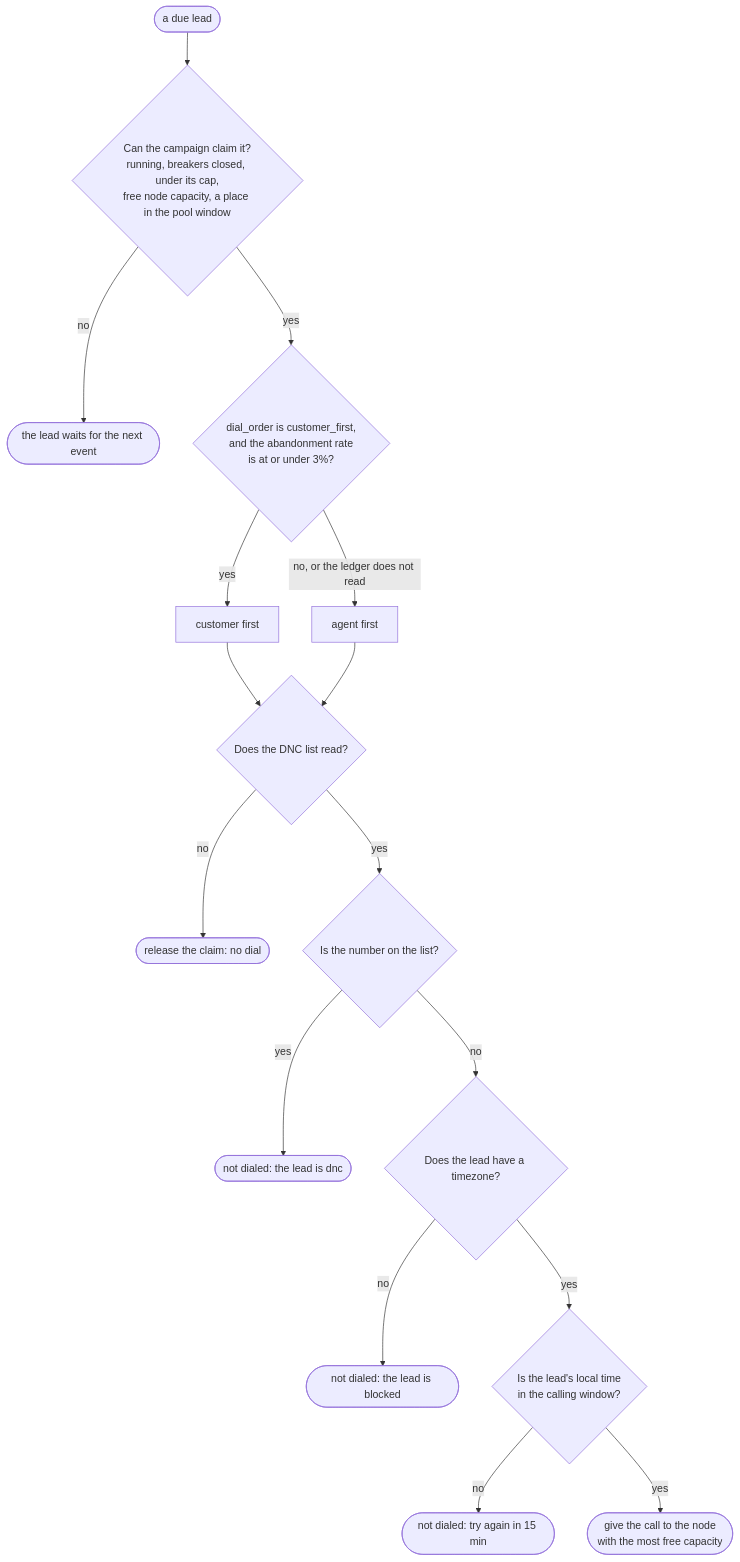
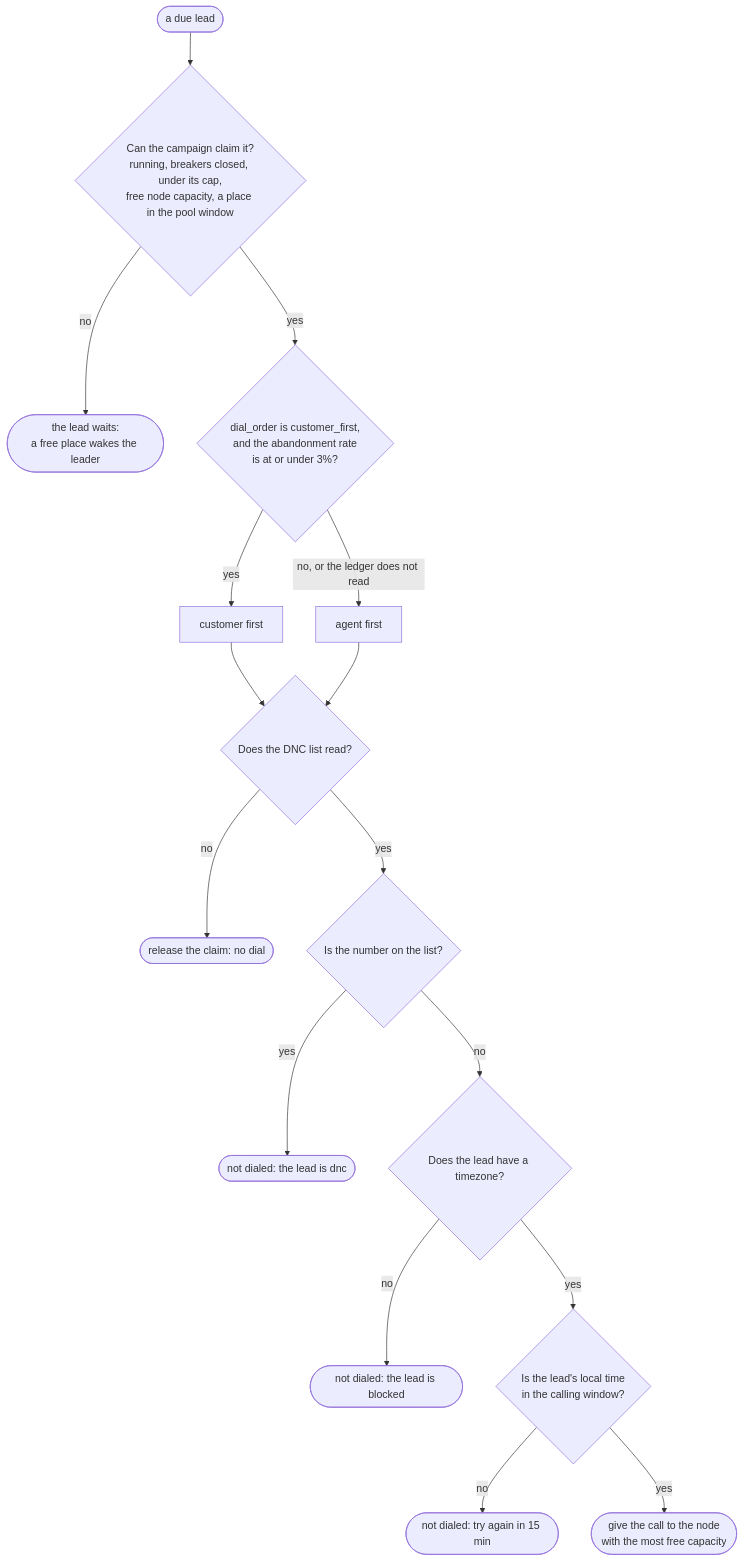
One commit to sandys/swarmpbx changed the fifth of 10 diagrams in README.md. Above: the diagram before and after it, drawn with Mermaid. The commit also changed other lines of this file and 84 other files, not shown here.

````diff
--- a/README.md
+++ b/README.md
@@ -187,18 +230,18 @@
 ```mermaid
 flowchart TD
     due(["a due lead"]) --> claim{"Can the campaign claim it?<br/>running, breakers closed, under its cap,<br/>free node capacity, a place in the pool window"}
-    claim -->|no| later(["the lead waits for the next event"])
+    claim -->|no| later(["the lead waits:<br/>a free place wakes the leader"])
     claim -->|yes| order{"dial_order is customer_first,<br/>and the abandonment rate<br/>is at or under 3%?"}
     order -->|yes| cf["customer first"]
     order -->|"no, or the ledger does not read"| af["agent first"]
     cf --> read{"Does the DNC list read?"}
     af --> read
     read -->|no| release(["release the claim: no dial"])
     read -->|yes| listed{"Is the number on the list?"}
     listed -->|yes| dnc(["not dialed: the lead is dnc"])
     listed -->|no| tz{"Does the lead have a timezone?"}
     tz -->|no| blocked(["not dialed: the lead is blocked"])
     tz -->|yes| window{"Is the lead's local time<br/>in the calling window?"}
     window -->|no| hold(["not dialed: try again in 15 min"])
     window -->|yes| assign(["give the call to the node<br/>with the most free capacity"])
 ```
````
